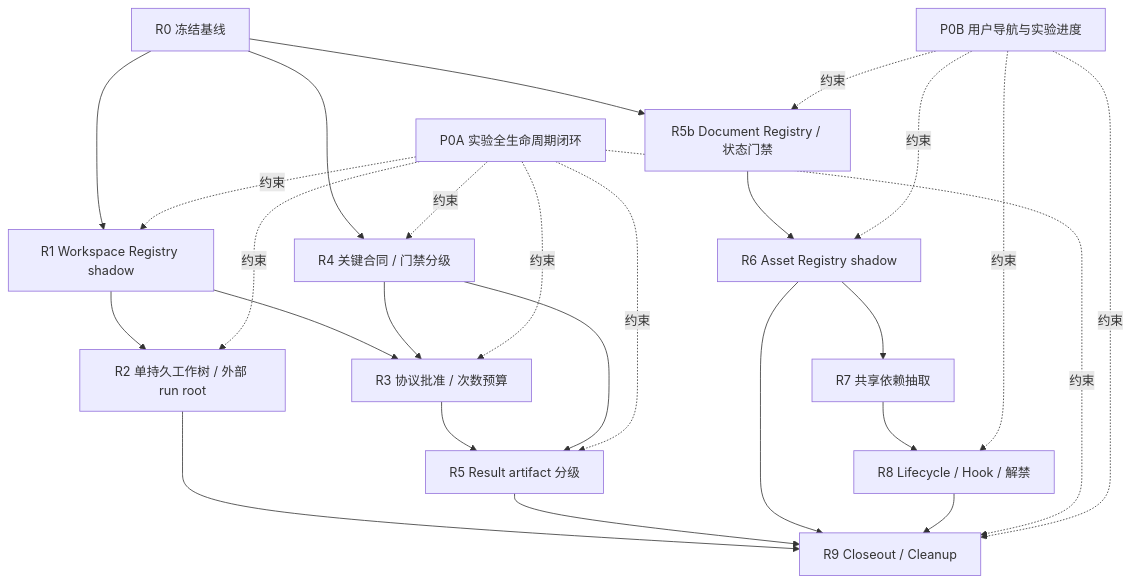
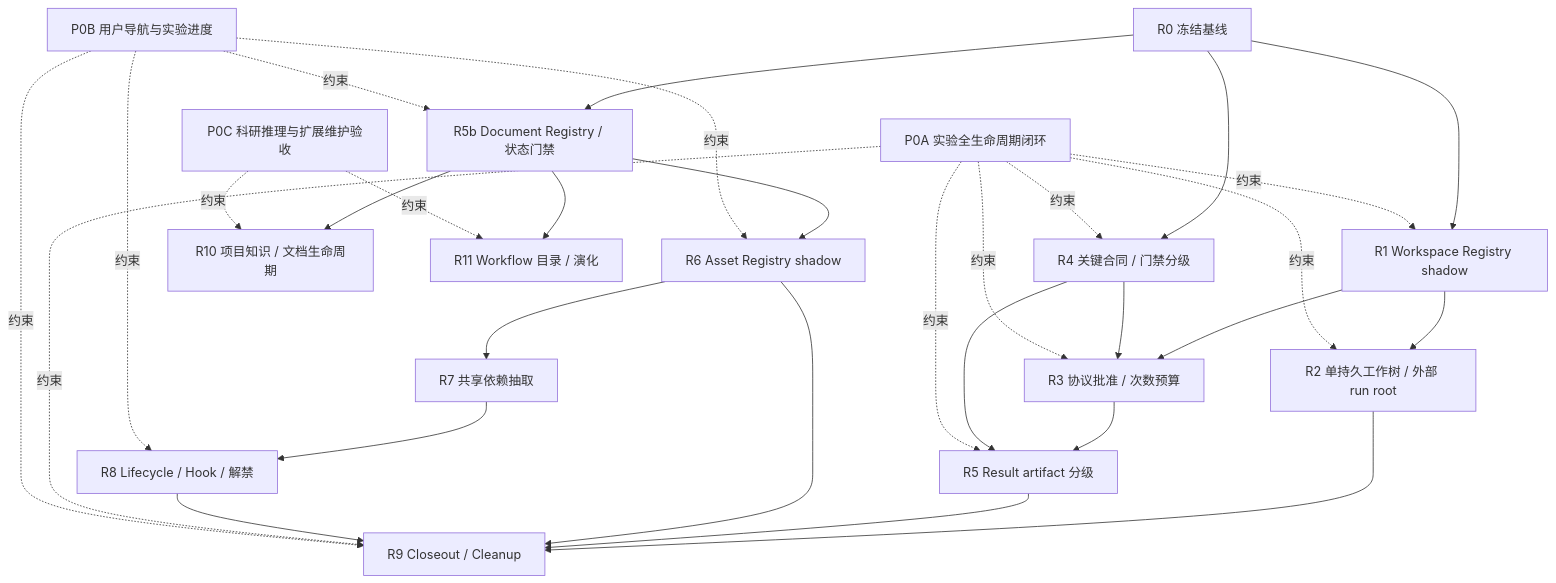
One commit to qzs610038-star/AI-esophagus-cancer-basedon-HF-HT changed the diagram in project_state/plans/workflow_governance_v3_refactor_review_20260726.md. Above: the diagram before and after it, drawn with Mermaid. The commit also changed other lines of this file and 9 other files, not shown here.

````diff
--- a/project_state/plans/workflow_governance_v3_refactor_review_20260726.md
+++ b/project_state/plans/workflow_governance_v3_refactor_review_20260726.md
@@ -107,43 +108,50 @@
 ```mermaid
 flowchart TD
     P0A["P0A 实验全生命周期闭环"]
     P0B["P0B 用户导航与实验进度"]
+    P0C["P0C 科研推理与扩展维护验收"]
     R0["R0 冻结基线"]
     R1["R1 Workspace Registry shadow"]
     R2["R2 单持久工作树 / 外部 run root"]
     R3["R3 协议批准 / 次数预算"]
     R4["R4 关键合同 / 门禁分级"]
     R5["R5 Result artifact 分级"]
     R5B["R5b Document Registry / 状态门禁"]
     R6["R6 Asset Registry shadow"]
     R7["R7 共享依赖抽取"]
     R8["R8 Lifecycle / Hook / 解禁"]
     R9["R9 Closeout / Cleanup"]
+    R10["R10 项目知识 / 文档生命周期"]
+    R11["R11 Workflow 目录 / 演化"]
 
     R0 --> R1
     R1 --> R2
     R1 --> R3
     R0 --> R4
     R4 --> R3
     R3 --> R5
     R4 --> R5
     R0 --> R5B
     R5B --> R6
     R6 --> R7
     R7 --> R8
     R2 --> R9
     R5 --> R9
     R6 --> R9
     R8 --> R9
+    R5B --> R10
+    R5B --> R11
 
     P0A -.约束.-> R1
     P0A -.约束.-> R2
     P0A -.约束.-> R3
     P0A -.约束.-> R4
     P0A -.约束.-> R5
     P0A -.约束.-> R9
     P0B -.约束.-> R5B
     P0B -.约束.-> R6
     P0B -.约束.-> R8
     P0B -.约束.-> R9
+    P0C -.约束.-> R10
+    P0C -.约束.-> R11
 ```
````
